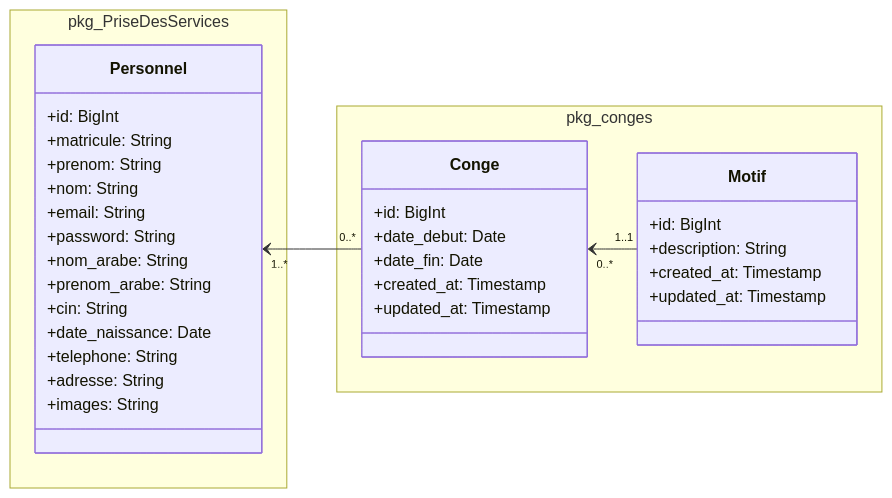
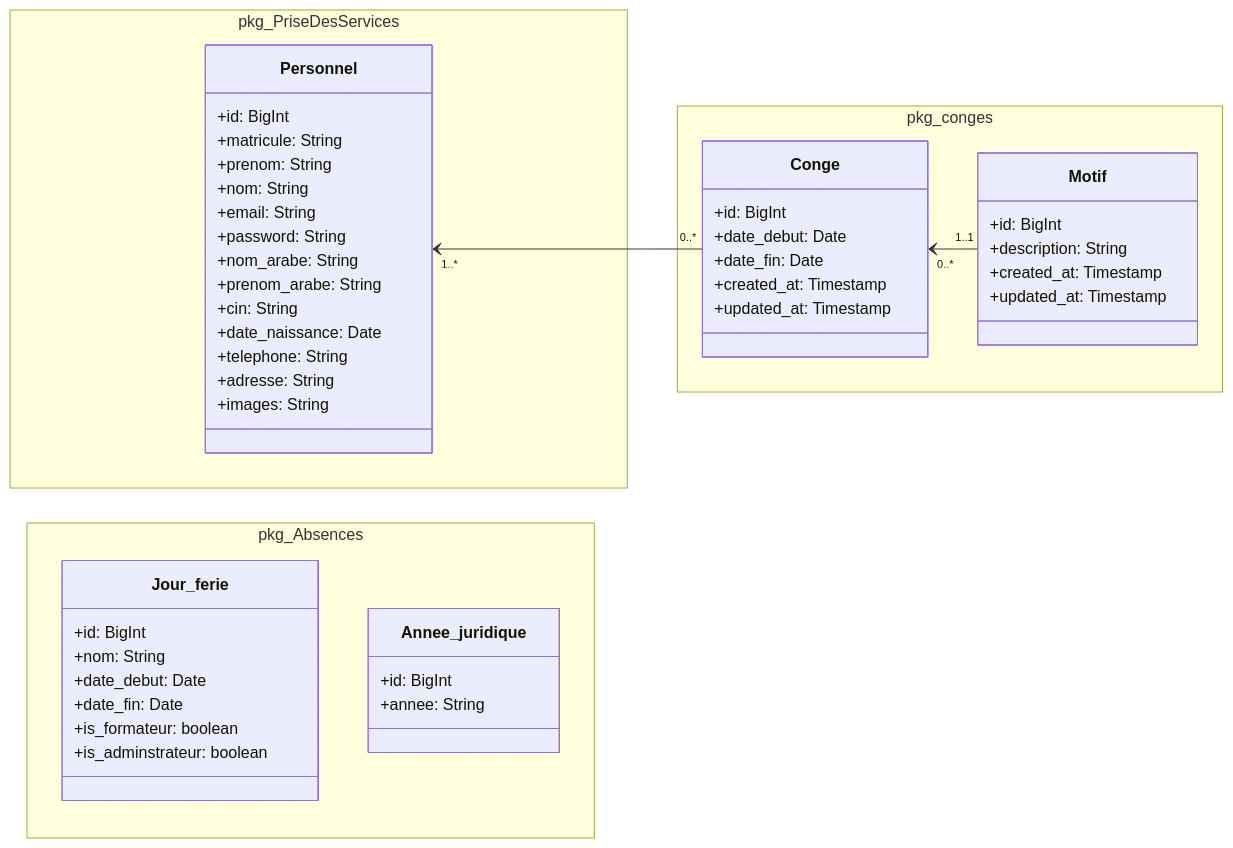
Before and after one commit to hamidAchaou/gestion-personnels: the diagram in modélisation/pkg_Conge/diagramme_de_classe-pkg_Conges.mmd, drawn with Mermaid. The commit also changed 1 other file, not shown here.

```diff
--- a/modélisation/pkg_Conge/diagramme_de_classe-pkg_Conges.mmd
+++ b/modélisation/pkg_Conge/diagramme_de_classe-pkg_Conges.mmd
@@ -1,39 +1,56 @@
 classDiagram
     direction LR
 
 namespace pkg_PriseDesServices {
     class Personnel {
         +id: BigInt
         +matricule: String
         +prenom: String
         +nom: String
         +email: String
         +password: String
         +nom_arabe: String
         +prenom_arabe: String
         +cin: String
         +date_naissance: Date
         +telephone: String
         +adresse: String
         +images: String
     }
 }
 namespace pkg_conges {
     class Conge {
         +id: BigInt
         +date_debut: Date
         +date_fin: Date
         +created_at: Timestamp
         +updated_at: Timestamp
     }
 
     class Motif {
         +id: BigInt
         +description: String
         +created_at: Timestamp
         +updated_at: Timestamp
     }
 }
 
+namespace pkg_Absences {
+
+    class Jour_ferie {
+        +id: BigInt
+        +nom: String
+        +date_debut: Date
+        +date_fin: Date
+        +is_formateur: boolean
+        +is_adminstrateur: boolean
+    }
+
+    class Annee_juridique {
+        +id: BigInt
+        +annee: String
+    }
+}
+
     Personnel "1..*" <-- "0..*" Conge 
     Conge "0..*" <-- "1..1" Motif
```
